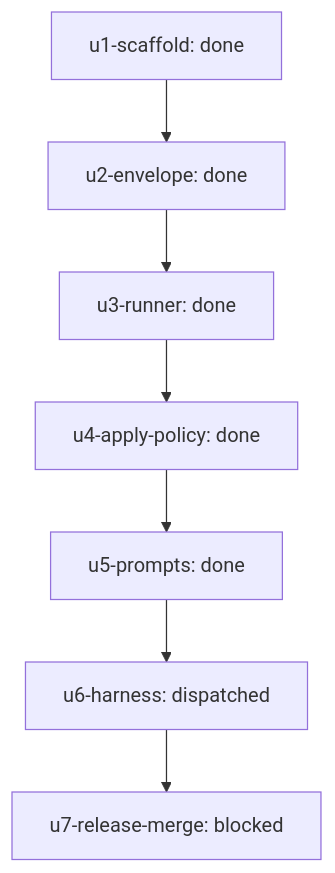
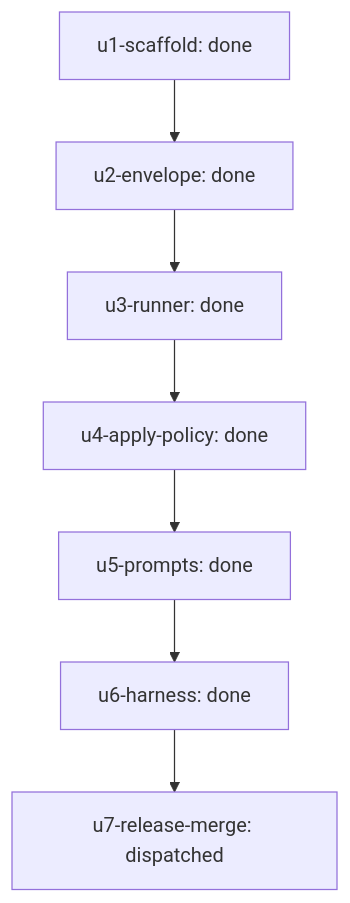
Before and after one commit to infiquetra/infiquetra-claude-plugins: the diagram in docs/outcomes/antigravity-teammate-plugin/report.md, drawn with Mermaid. The commit also changed other lines of this file, not shown here.

````diff
--- a/docs/outcomes/antigravity-teammate-plugin/report.md
+++ b/docs/outcomes/antigravity-teammate-plugin/report.md
@@ -7,16 +7,16 @@
 ```mermaid
 flowchart TD
     u1-scaffold["u1-scaffold: done"]
     u2-envelope["u2-envelope: done"]
     u3-runner["u3-runner: done"]
     u4-apply-policy["u4-apply-policy: done"]
     u5-prompts["u5-prompts: done"]
-    u6-harness["u6-harness: dispatched"]
-    u7-release-merge["u7-release-merge: blocked"]
+    u6-harness["u6-harness: done"]
+    u7-release-merge["u7-release-merge: dispatched"]
     u1-scaffold --> u2-envelope
     u2-envelope --> u3-runner
     u3-runner --> u4-apply-policy
     u4-apply-policy --> u5-prompts
     u5-prompts --> u6-harness
     u6-harness --> u7-release-merge
 ```
````
